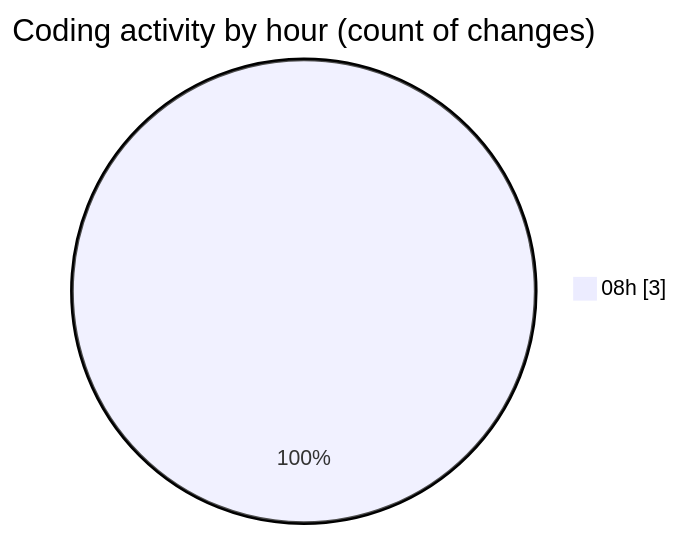
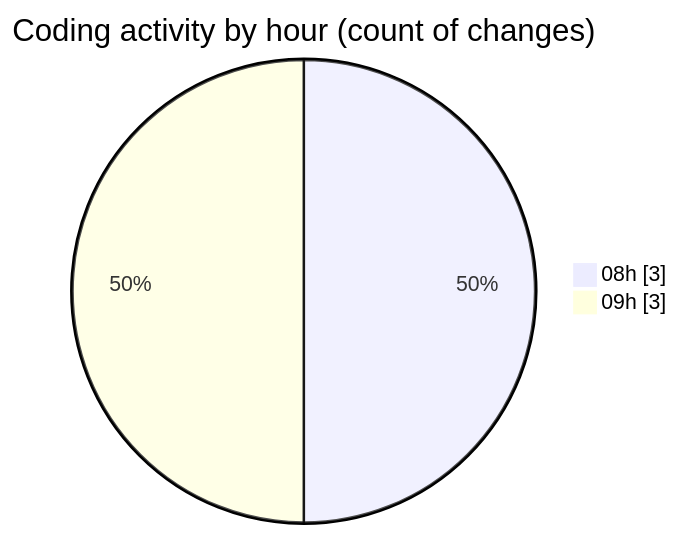
The second of 2 diagrams in 2026-09-03/web_tec_2026/README.md (Unknowalive/code-tracking), drawn with Mermaid before and after one commit. The commit also changed other lines of this file and 1 other file, not shown here.

````diff
--- a/2026-09-03/web_tec_2026/README.md
+++ b/2026-09-03/web_tec_2026/README.md
@@ -30,5 +34,6 @@
 ```mermaid
 pie showData
 title Coding activity by hour (count of changes)
 "08h" : 3
+"09h" : 3
 ```
````
